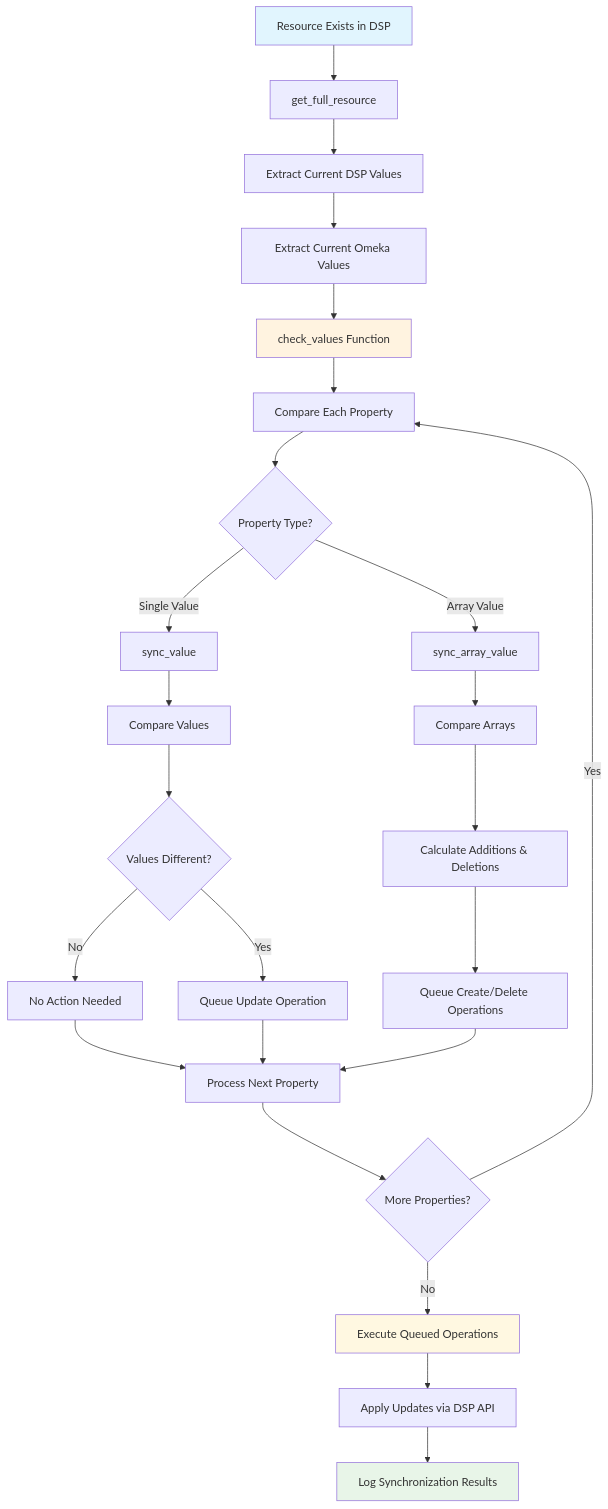
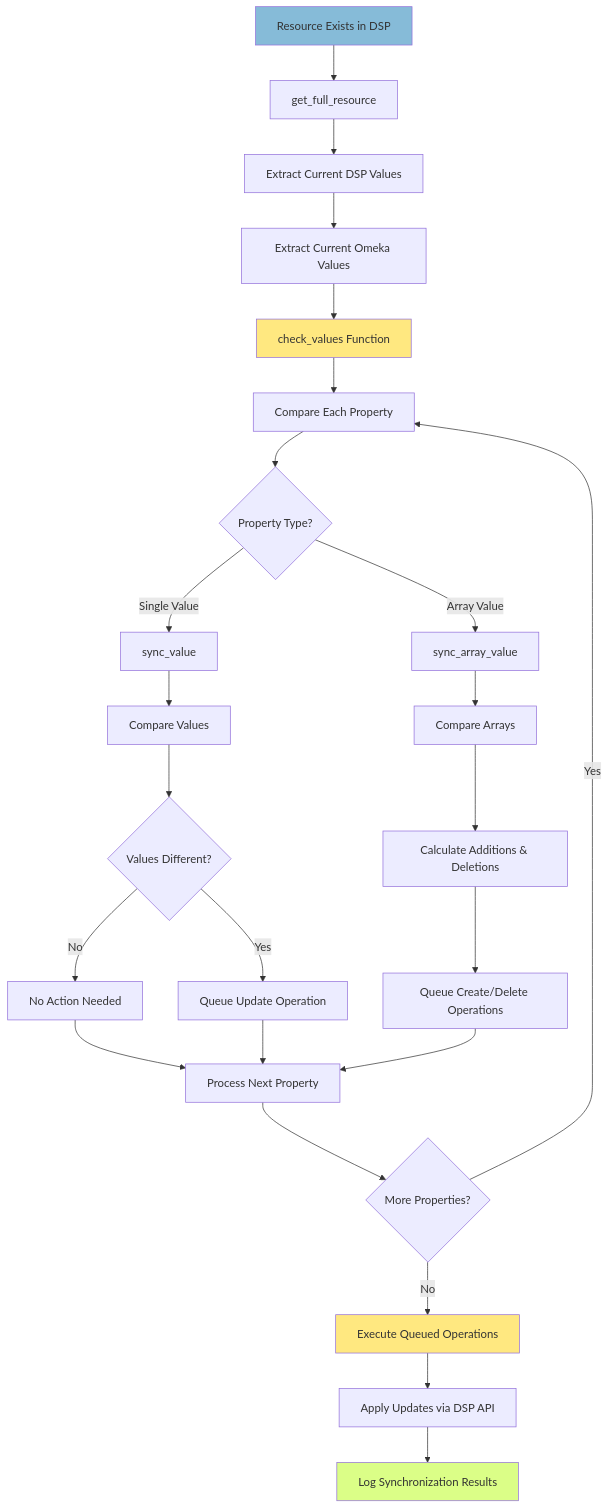
The eighth of 16 diagrams in docs/workflows/index.qmd (Stadt-Geschichte-Basel/omeka2dsp), drawn with Mermaid before and after one commit. The commit also changed other lines of this file and 22 other files, not shown here.

````diff
--- a/docs/workflows/index.qmd
+++ b/docs/workflows/index.qmd
@@ -298,38 +298,38 @@
 ```{mermaid}
 flowchart TD
     A[Resource Exists in DSP] --> B[get_full_resource]
     B --> C[Extract Current DSP Values]
     C --> D[Extract Current Omeka Values]
     
     D --> E[check_values Function]
     E --> F[Compare Each Property]
     
     F --> G{Property Type?}
     G -->|Single Value| H[sync_value]
     G -->|Array Value| I[sync_array_value]
     
     H --> J[Compare Values]
     J --> K{Values Different?}
     K -->|No| L[No Action Needed]
     K -->|Yes| M[Queue Update Operation]
     
     I --> N[Compare Arrays]
     N --> O[Calculate Additions & Deletions]
     O --> P[Queue Create/Delete Operations]
     
     L --> Q[Process Next Property]
     M --> Q
     P --> Q
     
     Q --> R{More Properties?}
     R -->|Yes| F
     R -->|No| S[Execute Queued Operations]
     
     S --> T[Apply Updates via DSP API]
     T --> U[Log Synchronization Results]
     
-    style A fill:#e1f5fe
-    style U fill:#e8f5e8
-    style E fill:#fff3e0
-    style S fill:#fff8e1
+    style A fill:#86bbd8
+    style U fill:#dbfe87
+    style E fill:#ffe880
+    style S fill:#ffe880
 ```
````
